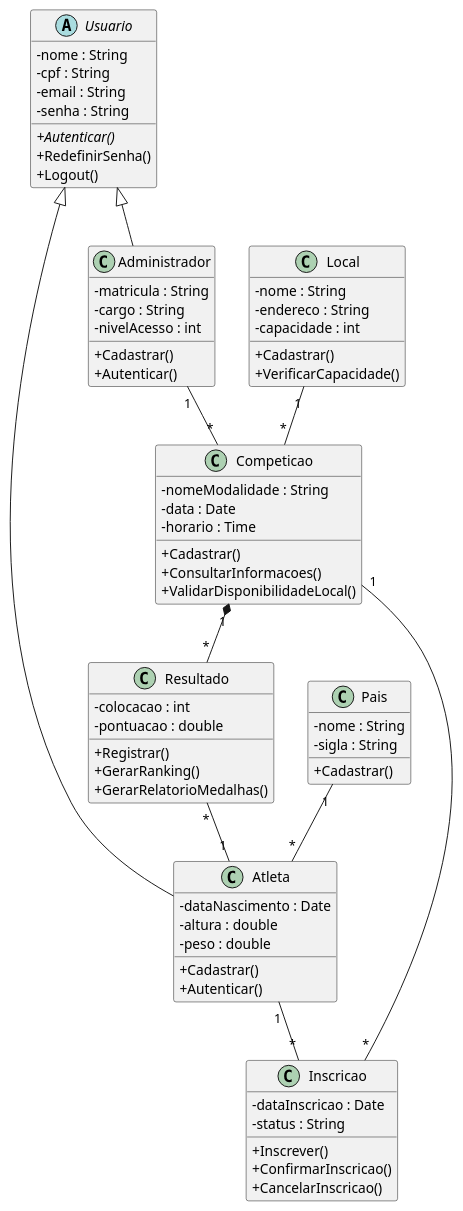
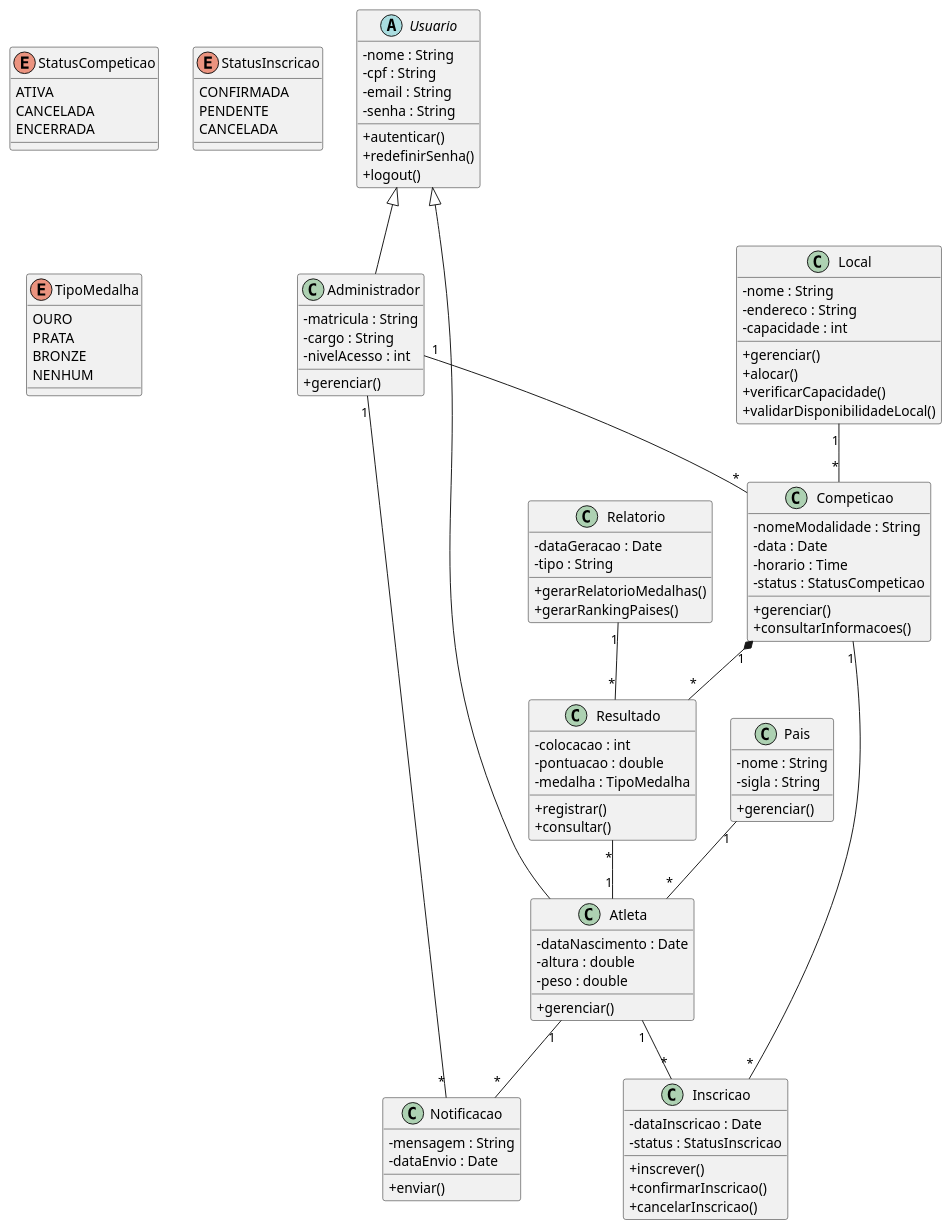
Before and after one commit to arturbomtempo-learning/olympic-system-modeling: the diagram in codes/class-diagram.puml, drawn with PlantUML.

Commit message:
refactor: standardize method names and improve class structure in class diagram

```diff
--- a/codes/class-diagram.puml
+++ b/codes/class-diagram.puml
@@ -1,93 +1,134 @@
 @startuml
+
 skinparam classAttributeIconSize 0
 
 abstract class Usuario {
     - nome : String
     - cpf : String
     - email : String
     - senha : String
 
-    + {abstract} Autenticar()
-    + RedefinirSenha()
-    + Logout()
+    + autenticar()
+    + redefinirSenha()
+    + logout()
 }
 
 class Atleta {
     - dataNascimento : Date
     - altura : double
     - peso : double
 
-    + Cadastrar()
-    + Autenticar()
+    + gerenciar()
 }
 
 class Administrador {
     - matricula : String
     - cargo : String
     - nivelAcesso : int
 
-    + Cadastrar()
-    + Autenticar()
+    + gerenciar()
 }
 
 class Competicao {
     - nomeModalidade : String
     - data : Date
     - horario : Time
+    - status : StatusCompeticao
 
-    + Cadastrar()
-    + ConsultarInformacoes()
-    + ValidarDisponibilidadeLocal()
+    + gerenciar()
+    + consultarInformacoes()
 }
 
 class Local {
     - nome : String
     - endereco : String
     - capacidade : int
 
-    + Cadastrar()
-    + VerificarCapacidade()
+    + gerenciar()
+    + alocar()
+    + verificarCapacidade()
+    + validarDisponibilidadeLocal()
 }
 
 class Inscricao {
     - dataInscricao : Date
-    - status : String
+    - status : StatusInscricao
 
-    + Inscrever()
-    + ConfirmarInscricao()
-    + CancelarInscricao()
+    + inscrever()
+    + confirmarInscricao()
+    + cancelarInscricao()
 }
 
 class Resultado {
     - colocacao : int
     - pontuacao : double
+    - medalha : TipoMedalha
 
-    + Registrar()
-    + GerarRanking()
-    + GerarRelatorioMedalhas()
+    + registrar()
+    + consultar()
+}
+
+class Relatorio {
+    - dataGeracao : Date
+    - tipo : String
+
+    + gerarRelatorioMedalhas()
+    + gerarRankingPaises()
+}
+
+class Notificacao {
+    - mensagem : String
+    - dataEnvio : Date
+
+    + enviar()
 }
 
 class Pais {
     - nome : String
     - sigla : String
 
-    + Cadastrar()
+    + gerenciar()
+}
+
+enum StatusCompeticao {
+    ATIVA
+    CANCELADA
+    ENCERRADA
+}
+
+enum StatusInscricao {
+    CONFIRMADA
+    PENDENTE
+    CANCELADA
+}
+
+enum TipoMedalha {
+    OURO
+    PRATA
+    BRONZE
+    NENHUM
 }
 
 Usuario <|-- Atleta
 Usuario <|-- Administrador
 
 Pais "1" -- "*" Atleta
 
 Atleta "1" -- "*" Inscricao
 
 Competicao "1" -- "*" Inscricao
 
 Local "1" -- "*" Competicao
 
 Competicao "1" *-- "*" Resultado
 
 Resultado "*" -- "1" Atleta
 
+Relatorio "1" -- "*" Resultado
+
+Atleta "1" -- "*" Notificacao
+Administrador "1" -- "*" Notificacao
+
 Administrador "1" -- "*" Competicao
+
 @enduml
```
